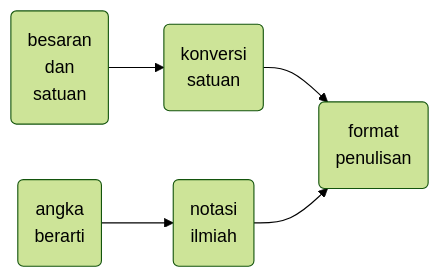
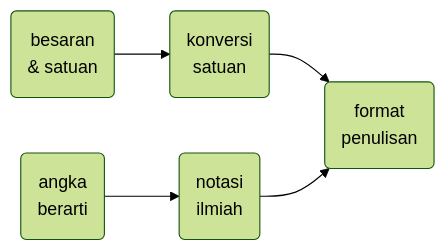
One commit to dudung/kuno changed the diagram in README.md. Above: the diagram before and after it, drawn with Mermaid (forest theme).

````diff
--- a/README.md
+++ b/README.md
@@ -15,10 +15,10 @@
 ```mermaid
 flowchart LR
 	A01 --> A02 --> A05
   A03 --> A04 --> A05
-	A01( besaran<br>dan<br>satuan )
+	A01( besaran<br>& satuan )
 	A02( konversi<br>satuan )
 	A03( angka<br>berarti )
 	A04( notasi<br>ilmiah )
   A05( format<br>penulisan )
 ```
````
